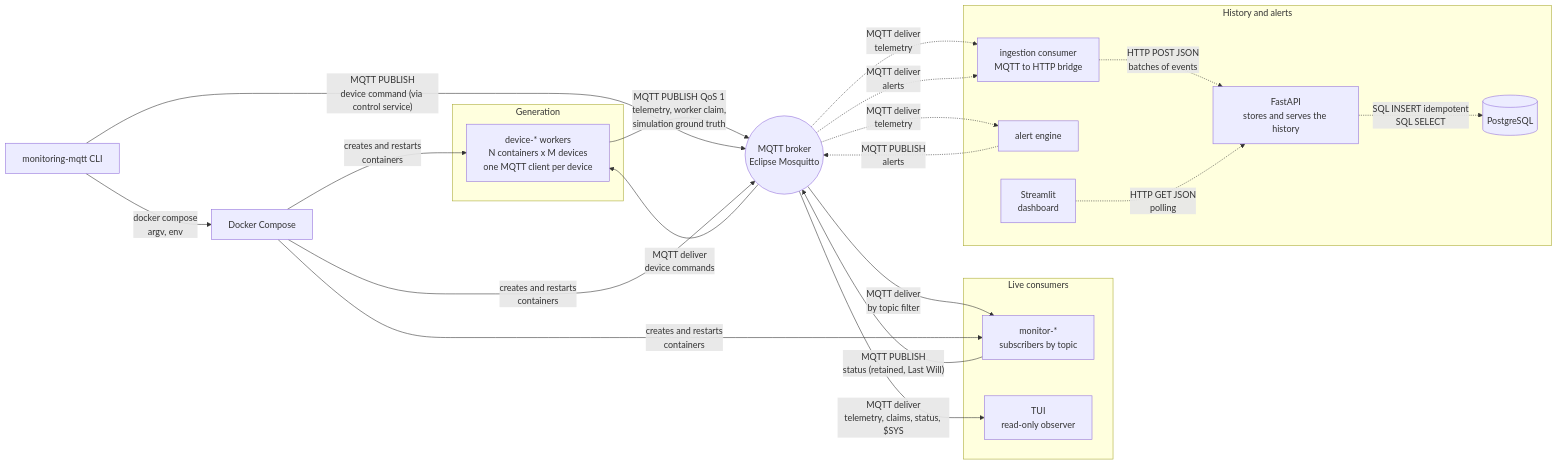
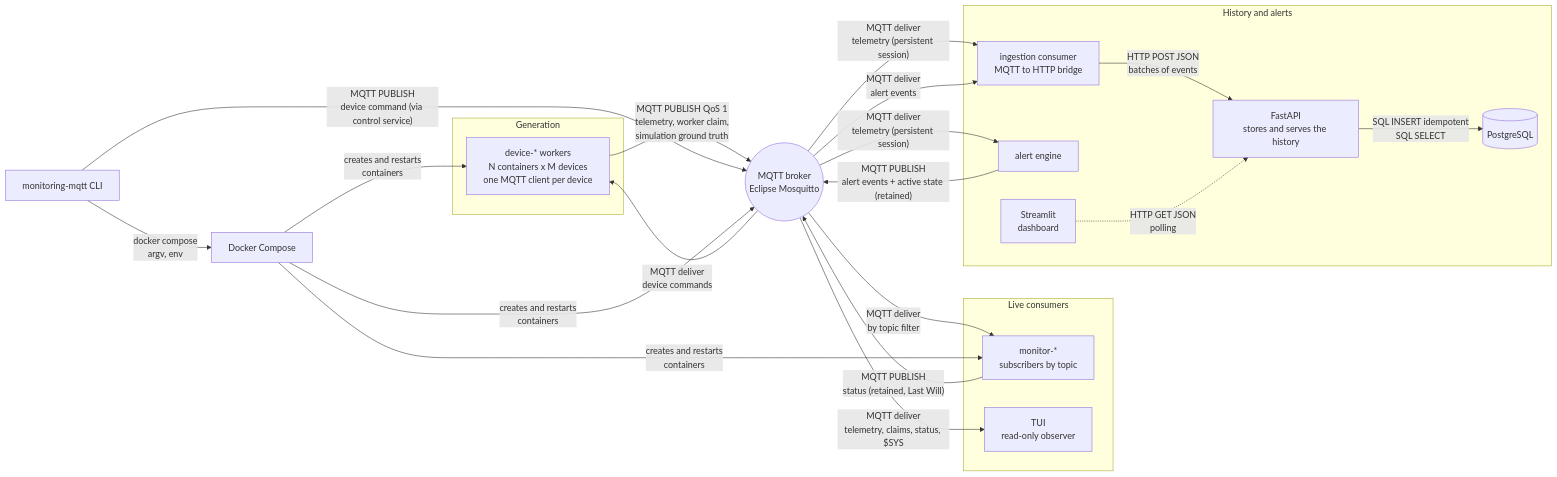
Before and after one commit to Mariojamjam/monitoring-mqtt: the first of 5 diagrams in docs/design.md, drawn with Mermaid. The commit also changed other lines of this file and 10 other files, not shown here.

Commit message:
docs: document storage, API, alerts and their measured behaviour

````diff
--- a/docs/design.md
+++ b/docs/design.md
@@ -21,42 +21,42 @@
 ```mermaid
 flowchart LR
   subgraph GEN["Generation"]
     DEV["device-* workers<br/>N containers x M devices<br/>one MQTT client per device"]
   end
 
   BROKER(("MQTT broker<br/>Eclipse Mosquitto"))
 
   subgraph LIVE["Live consumers"]
     MON["monitor-*<br/>subscribers by topic"]
     TUI["TUI<br/>read-only observer"]
   end
 
   subgraph HIST["History and alerts"]
     PER["ingestion consumer<br/>MQTT to HTTP bridge"]
     ALR["alert engine"]
     DB[("PostgreSQL")]
     API["FastAPI<br/>stores and serves the history"]
     ST["Streamlit<br/>dashboard"]
   end
 
   CLI["monitoring-mqtt CLI"]
   DOCKER["Docker Compose"]
 
   DEV -- "MQTT PUBLISH QoS 1<br/>telemetry, worker claim,<br/>simulation ground truth" --> BROKER
   BROKER -- "MQTT deliver<br/>device commands" --> DEV
   BROKER -- "MQTT deliver<br/>by topic filter" --> MON
   MON -- "MQTT PUBLISH<br/>status (retained, Last Will)" --> BROKER
   BROKER -- "MQTT deliver<br/>telemetry, claims, status, $SYS" --> TUI
 
-  BROKER -. "MQTT deliver<br/>telemetry" .-> PER
-  BROKER -. "MQTT deliver<br/>telemetry" .-> ALR
-  ALR -. "MQTT PUBLISH<br/>alerts" .-> BROKER
-  BROKER -. "MQTT deliver<br/>alerts" .-> PER
-  PER -. "HTTP POST JSON<br/>batches of events" .-> API
-  API -. "SQL INSERT idempotent<br/>SQL SELECT" .-> DB
+  BROKER -- "MQTT deliver<br/>telemetry (persistent session)" --> PER
+  BROKER -- "MQTT deliver<br/>telemetry (persistent session)" --> ALR
+  ALR -- "MQTT PUBLISH<br/>alert events + active state (retained)" --> BROKER
+  BROKER -- "MQTT deliver<br/>alert events" --> PER
+  PER -- "HTTP POST JSON<br/>batches of events" --> API
+  API -- "SQL INSERT idempotent<br/>SQL SELECT" --> DB
   ST -. "HTTP GET JSON<br/>polling" .-> API
 
   CLI -- "docker compose<br/>argv, env" --> DOCKER
   CLI -- "MQTT PUBLISH<br/>device command (via control service)" --> BROKER
   DOCKER -- "creates and restarts<br/>containers" --> DEV & BROKER & MON
 ```
````
